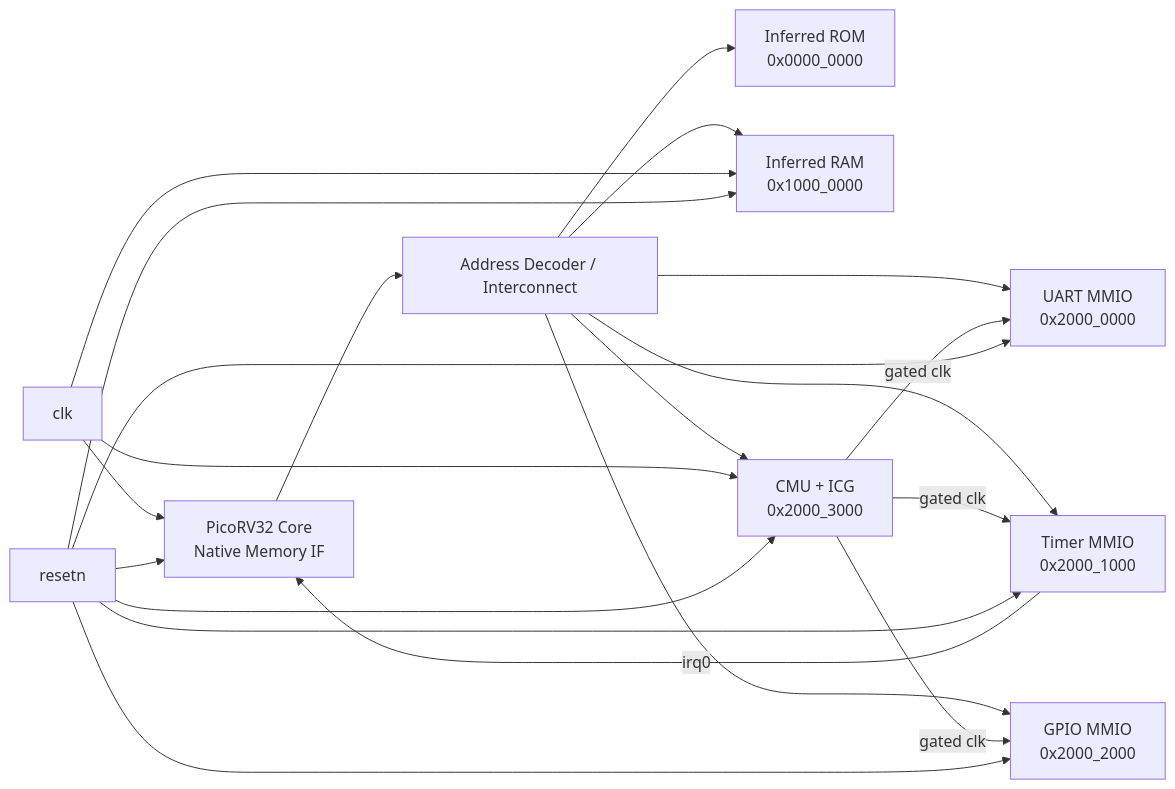
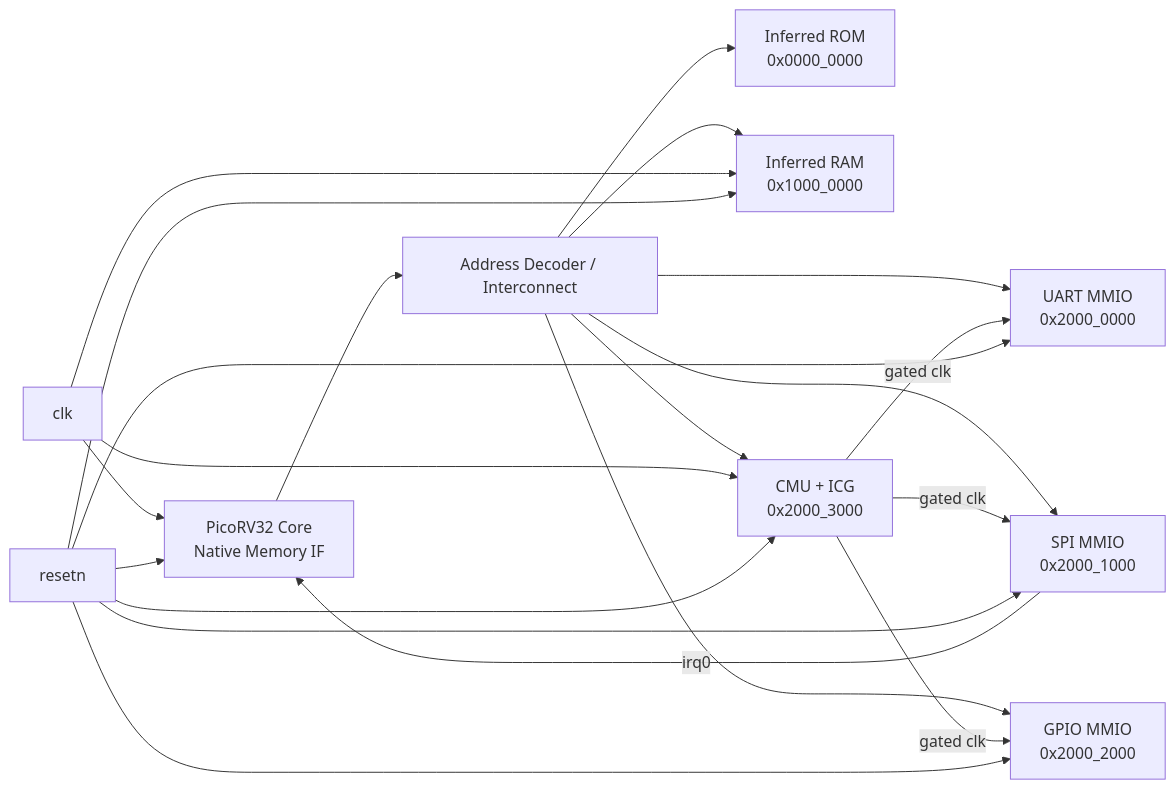
The diagram in docs/block_diagram.md (thaovicano123/Final), drawn with Mermaid before and after one commit. The commit also changed other lines of this file and 39 other files, not shown here.

````diff
--- a/docs/block_diagram.md
+++ b/docs/block_diagram.md
@@ -3,38 +3,38 @@
 ```mermaid
 flowchart LR
     CPU["PicoRV32 Core<br/>Native Memory IF"]
     DEC[Address Decoder / Interconnect]
 
     ROM["Inferred ROM<br/>0x0000_0000"]
     RAM["Inferred RAM<br/>0x1000_0000"]
     UART["UART MMIO<br/>0x2000_0000"]
-    TIMER["Timer MMIO<br/>0x2000_1000"]
+    SPI["SPI MMIO<br/>0x2000_1000"]
     GPIO["GPIO MMIO<br/>0x2000_2000"]
     CMU["CMU + ICG<br/>0x2000_3000"]
 
     CLK[clk]
     RST[resetn]
 
     CPU --> DEC
     DEC --> ROM
     DEC --> RAM
     DEC --> UART
-    DEC --> TIMER
+    DEC --> SPI
     DEC --> GPIO
     DEC --> CMU
 
     CLK --> CPU
     CLK --> CMU
     CLK --> RAM
     CMU -->|gated clk| UART
-    CMU -->|gated clk| TIMER
+    CMU -->|gated clk| SPI
     CMU -->|gated clk| GPIO
 
-    TIMER -->|irq0| CPU
+    SPI -->|irq0| CPU
     RST --> CPU
     RST --> CMU
     RST --> RAM
     RST --> UART
-    RST --> TIMER
+    RST --> SPI
     RST --> GPIO
 ```
````
